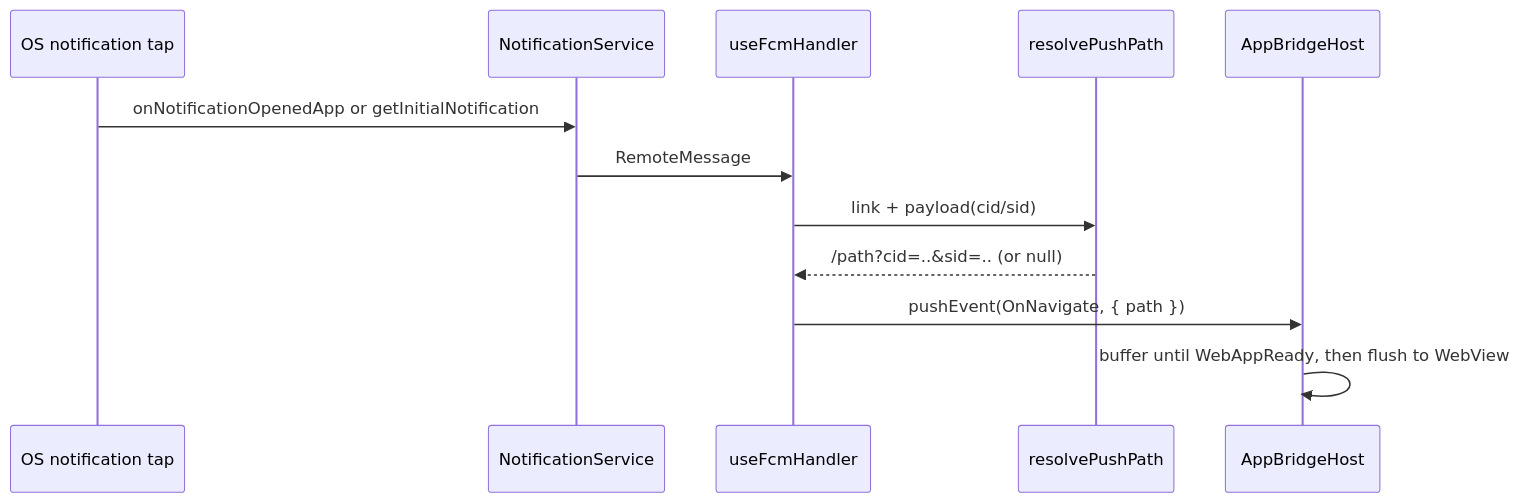
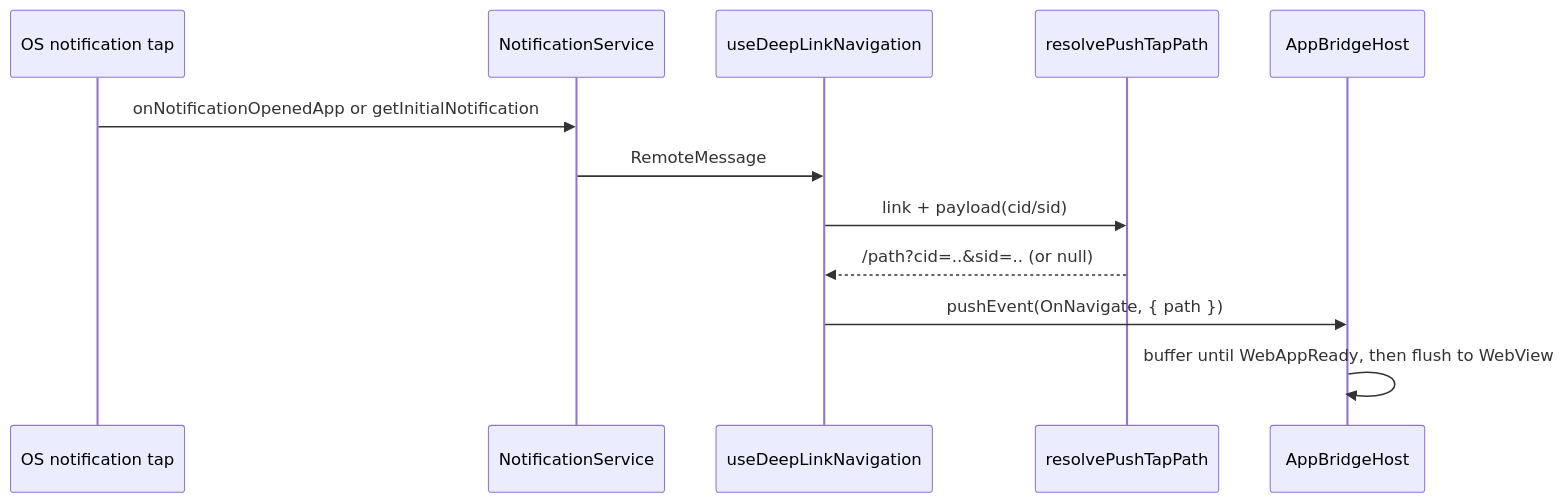
Before and after one commit to lemoncloud-io/dou-app: the fourth of 4 diagrams in apps/mobile/docs/push.md, drawn with Mermaid. The commit also changed other lines of this file and 19 other files, not shown here.

First line of the commit message:
refactor(mobile/push-deeplink): converge inbound navigation on DeeplinkService + OnNavigate

````diff
--- a/apps/mobile/docs/push.md
+++ b/apps/mobile/docs/push.md
@@ -145,15 +150,15 @@
 ```mermaid
 sequenceDiagram
     participant OS as OS notification tap
     participant Service as NotificationService
-    participant Handler as useFcmHandler
-    participant Resolve as resolvePushPath
+    participant Handler as useDeepLinkNavigation
+    participant Resolve as resolvePushTapPath
     participant Bridge as AppBridgeHost
 
     OS->>Service: onNotificationOpenedApp or getInitialNotification
     Service->>Handler: RemoteMessage
     Handler->>Resolve: link + payload(cid/sid)
     Resolve-->>Handler: /path?cid=..&sid=.. (or null)
     Handler->>Bridge: pushEvent(OnNavigate, { path })
     Bridge->>Bridge: buffer until WebAppReady, then flush to WebView
 ```
````
